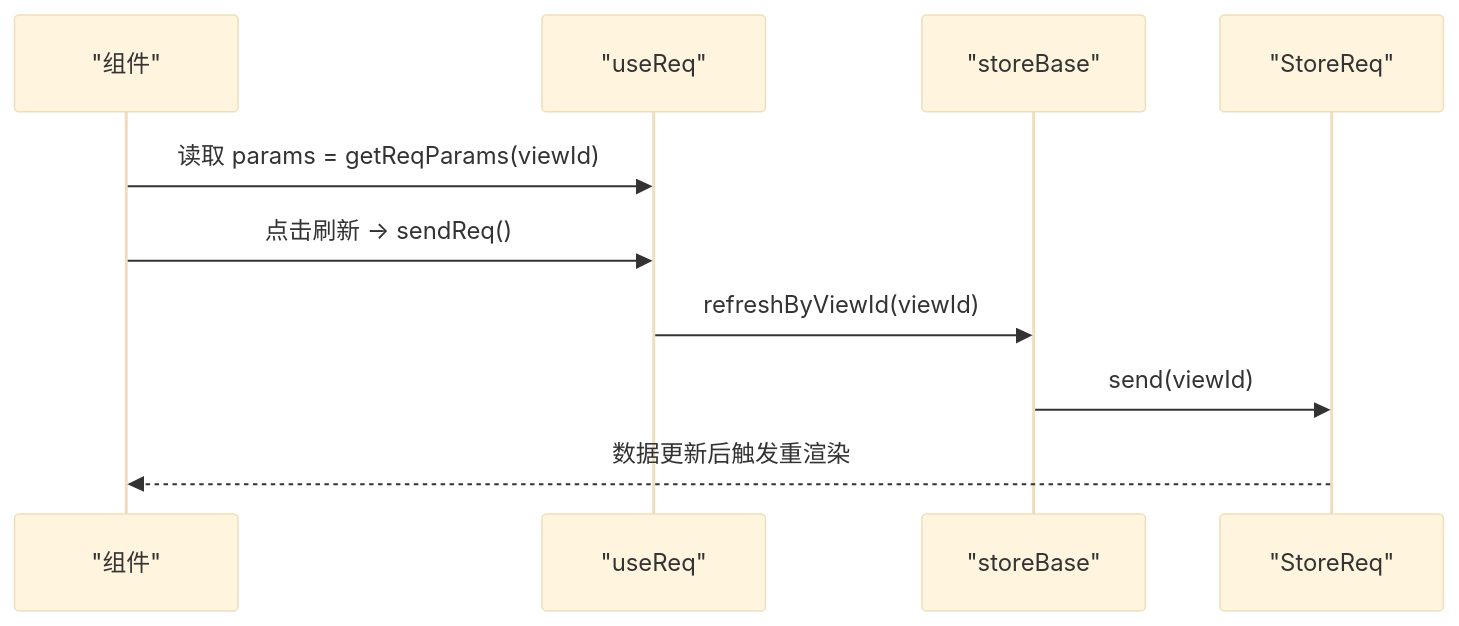
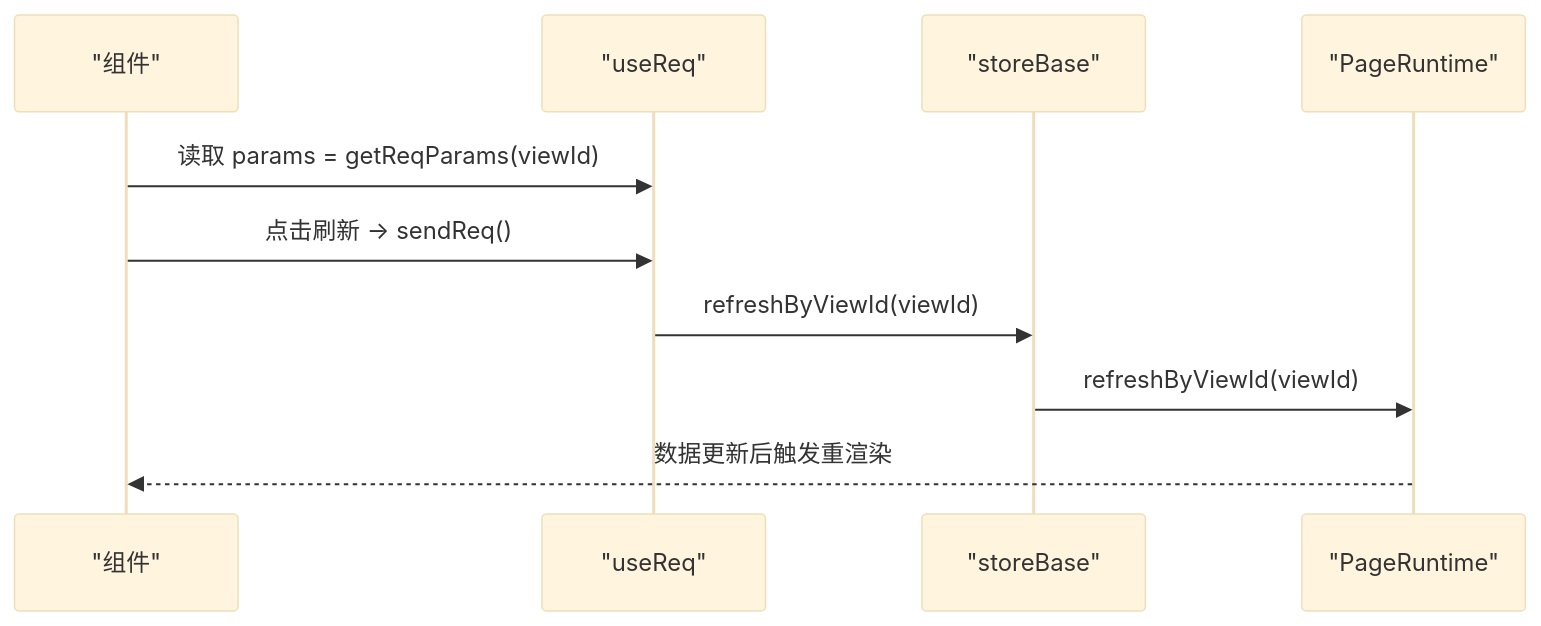
One commit to liqiongke/FrontArk changed the fifth of 6 diagrams in .qoder/repowiki/zh/content/数据管理/数据同步.md. Above: the diagram before and after it, drawn with Mermaid (base theme). The commit also changed other lines of this file and 19 other files, not shown here.

````diff
--- a/.qoder/repowiki/zh/content/数据管理/数据同步.md
+++ b/.qoder/repowiki/zh/content/数据管理/数据同步.md
@@ -208,12 +223,12 @@
 ```mermaid
 sequenceDiagram
 participant Comp as "组件"
 participant Hook as "useReq"
 participant Store as "storeBase"
-participant Req as "StoreReq"
+participant Runtime as "PageRuntime"
 Comp->>Hook : 读取 params = getReqParams(viewId)
 Comp->>Hook : 点击刷新 -> sendReq()
 Hook->>Store : refreshByViewId(viewId)
-Store->>Req : send(viewId)
-Req-->>Comp : 数据更新后触发重渲染
+Store->>Runtime : refreshByViewId(viewId)
+Runtime-->>Comp : 数据更新后触发重渲染
 ```
````
